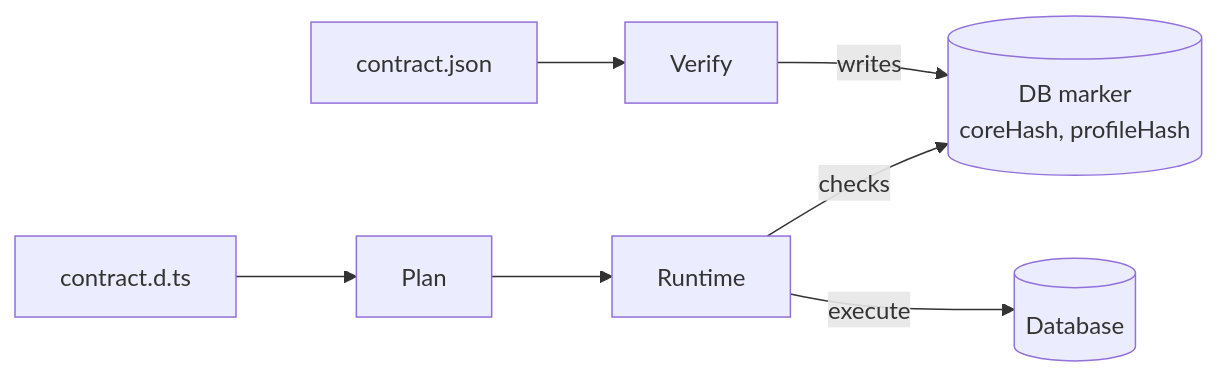
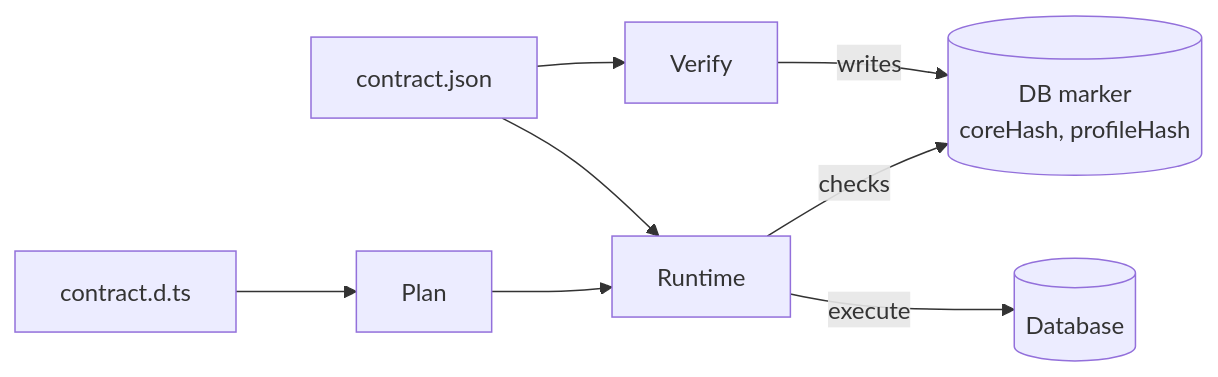
One commit to prisma/prisma-next changed the diagram in docs/architecture docs/subsystems/1. Data Contract.md. Above: the diagram before and after it, drawn with Mermaid. The commit also changed other lines of this file, not shown here.

````diff
--- a/docs/architecture docs/subsystems/1. Data Contract.md
+++ b/docs/architecture docs/subsystems/1. Data Contract.md
@@ -40,17 +17,19 @@
 ```mermaid
 flowchart LR
   C[contract.json]
   D[contract.d.ts]
   V[Verify]
-  M[(DB marker\ncoreHash, profileHash)]
+  M[(DB marker
+  coreHash, profileHash)]
   Q[Plan]
   R[Runtime]
   DB[(Database)]
 
   C --> V
   V -->|writes| M
   D --> Q
+  C --> R
   Q --> R
   R -->|checks| M
   R -->|execute| DB
 ```
````
